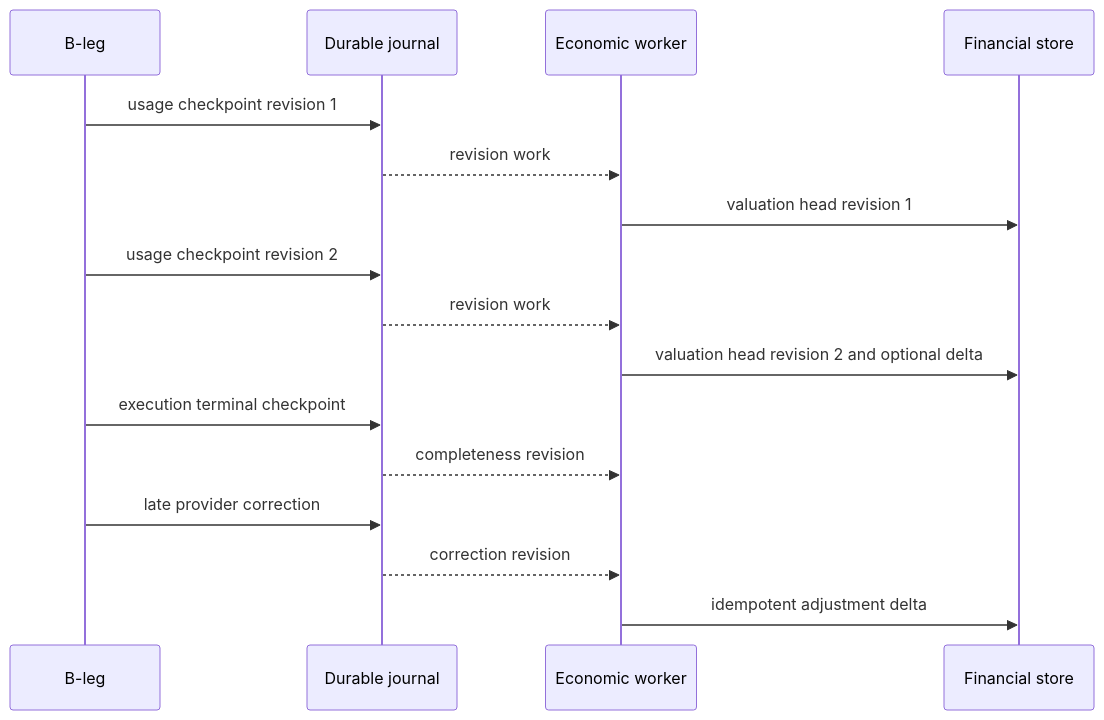
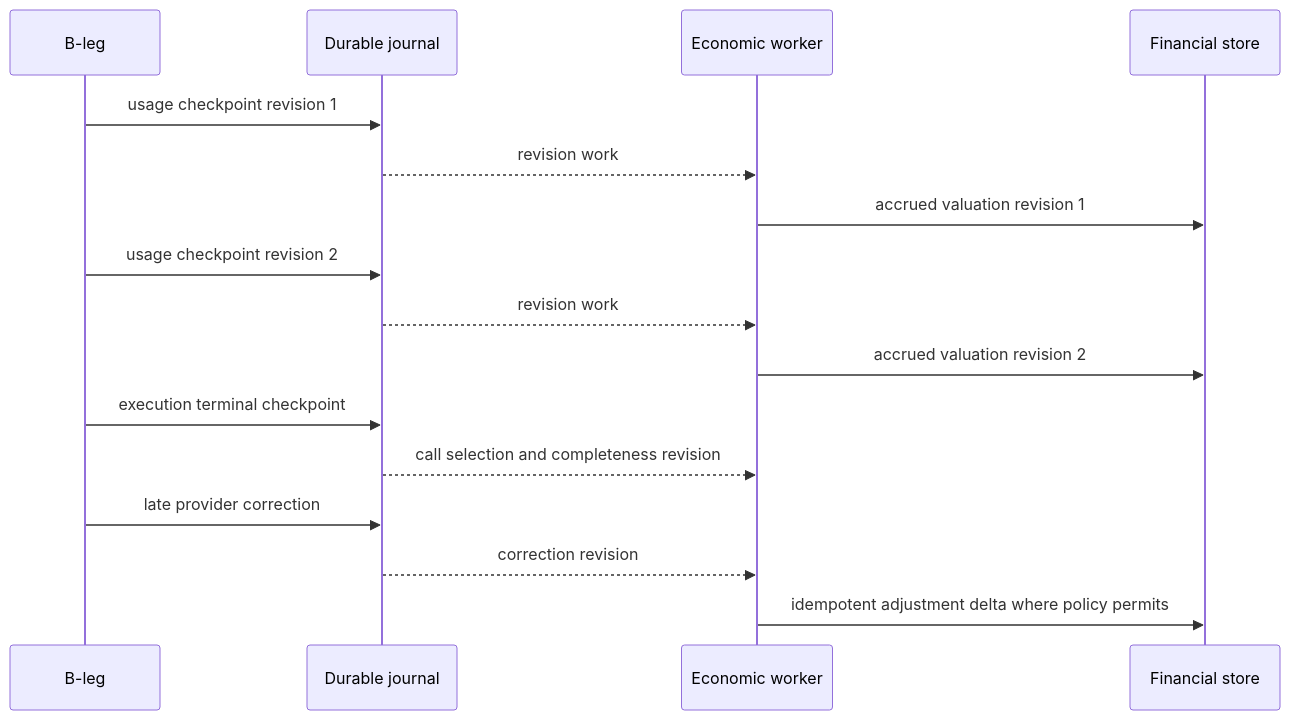
The third of 3 diagrams in .kiro/specs/usage-economics-b-leg-multimodal-refinement/design.md (matdev83/go-llm-interactive-proxy), drawn with Mermaid before and after one commit. The commit also changed other lines of this file, not shown here.

````diff
--- a/.kiro/specs/usage-economics-b-leg-multimodal-refinement/design.md
+++ b/.kiro/specs/usage-economics-b-leg-multimodal-refinement/design.md
@@ -273,18 +258,18 @@
 ```mermaid
 sequenceDiagram
     participant B as B-leg
     participant J as Durable journal
     participant W as Economic worker
     participant F as Financial store
     B->>J: usage checkpoint revision 1
     J-->>W: revision work
-    W->>F: valuation head revision 1
+    W->>F: accrued valuation revision 1
     B->>J: usage checkpoint revision 2
     J-->>W: revision work
-    W->>F: valuation head revision 2 and optional delta
+    W->>F: accrued valuation revision 2
     B->>J: execution terminal checkpoint
-    J-->>W: completeness revision
+    J-->>W: call selection and completeness revision
     B->>J: late provider correction
     J-->>W: correction revision
-    W->>F: idempotent adjustment delta
+    W->>F: idempotent adjustment delta where policy permits
 ```
````
